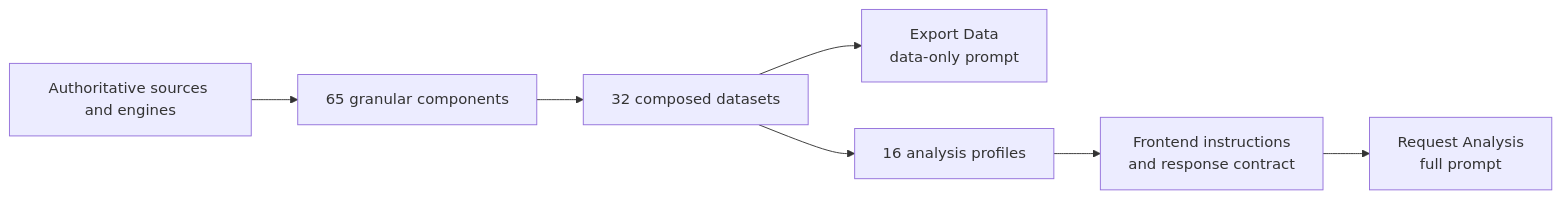
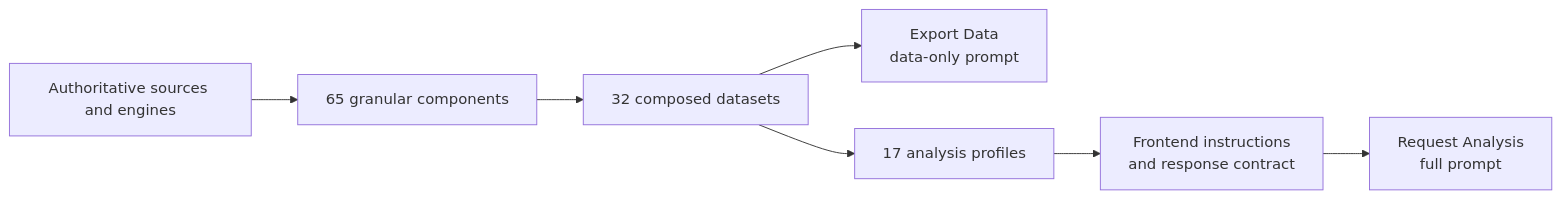
The first of 2 diagrams in mkdocs_src/docs/developer/architecture/patterns/ai_export_snapshot.md (Librefolio/LibreFolio), drawn with Mermaid before and after one commit. The commit also changed other lines of this file and 85 other files, not shown here.

````diff
--- a/mkdocs_src/docs/developer/architecture/patterns/ai_export_snapshot.md
+++ b/mkdocs_src/docs/developer/architecture/patterns/ai_export_snapshot.md
@@ -31,9 +31,9 @@
 ```mermaid
 flowchart LR
     S["Authoritative sources and engines"] --> C["65 granular components"]
     C --> D["32 composed datasets"]
     D --> E["Export Data<br/>data-only prompt"]
-    D --> A["16 analysis profiles"]
+    D --> A["17 analysis profiles"]
     A --> F["Frontend instructions<br/>and response contract"]
     F --> P["Request Analysis<br/>full prompt"]
 ```
````
